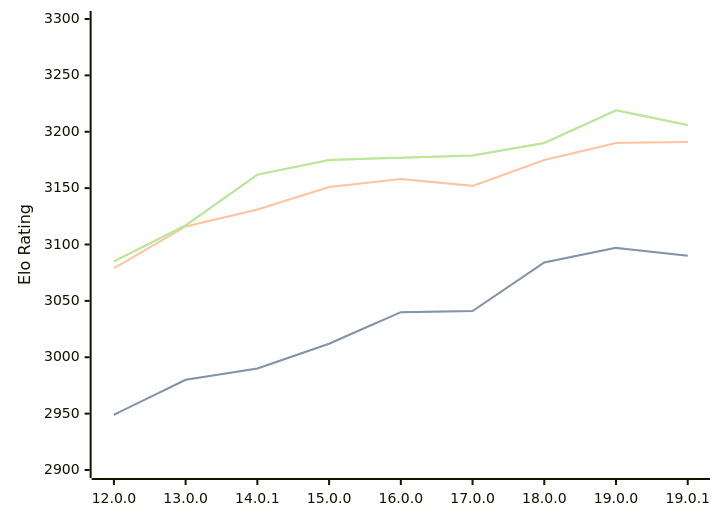
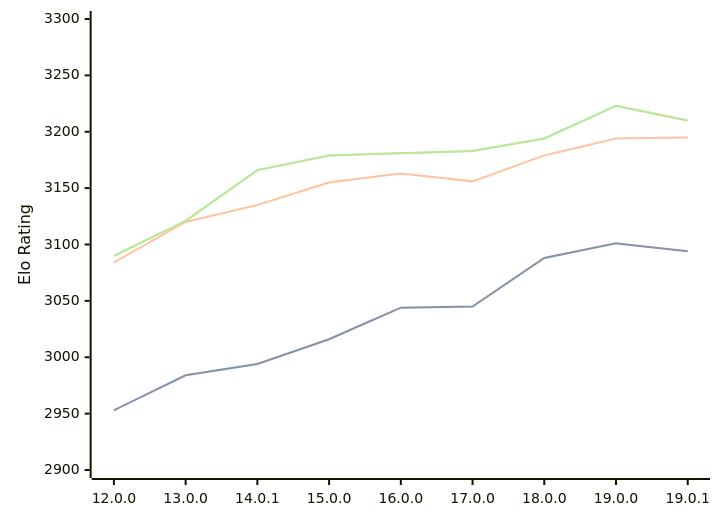
Before and after one commit to computer-chess-index/cci: the diagram in engines/Viridithas.md, drawn with Mermaid. The commit also changed other lines of this file, not shown here.

Commit message:
Update CCI Ratings (ELO VLTC) - 2026-02-24

````diff
--- a/engines/Viridithas.md
+++ b/engines/Viridithas.md
@@ -60,11 +60,11 @@
 ```mermaid
 %%{init: {"theme":"base","themeVariables":{"seriesColors:['#a3a3a3','#222221','#faa371']}}}%%
 xychart-beta
   x-axis ["12.0.0", "13.0.0", "14.0.1", "15.0.0", "16.0.0", "17.0.0", "18.0.0", "19.0.0", "19.0.1"]
   y-axis "Elo Rating" 2900 --> 3300
-  line "STC (8.0+0.08s)" [2949, 2980, 2990, 3012, 3040, 3041, 3084, 3097, 3090]
-  line "STC (8.0+0.08s)" [2949, 2980, 2990, 3012, 3040, 3041, 3084, 3097, 3090]
-  line "LTC (60.0+0.60s)" [3079, 3116, 3131, 3151, 3158, 3152, 3175, 3190, 3191]
-  line "VLTC (2m24s+1.12s)" [3085, 3117, 3162, 3175, 3177, 3179, 3190, 3219, 3206]
-  line "VLTC (2m24s+1.12s)" [3085, 3117, 3162, 3175, 3177, 3179, 3190, 3219, 3206]
+  line "STC (8.0+0.08s)" [2953, 2984, 2994, 3016, 3044, 3045, 3088, 3101, 3094]
+  line "STC (8.0+0.08s)" [2953, 2984, 2994, 3016, 3044, 3045, 3088, 3101, 3094]
+  line "LTC (60.0+0.60s)" [3084, 3120, 3135, 3155, 3163, 3156, 3179, 3194, 3195]
+  line "VLTC (2m24s+1.12s)" [3090, 3121, 3166, 3179, 3181, 3183, 3194, 3223, 3210]
+  line "VLTC (2m24s+1.12s)" [3090, 3121, 3166, 3179, 3181, 3183, 3194, 3223, 3210]
 ```
````
